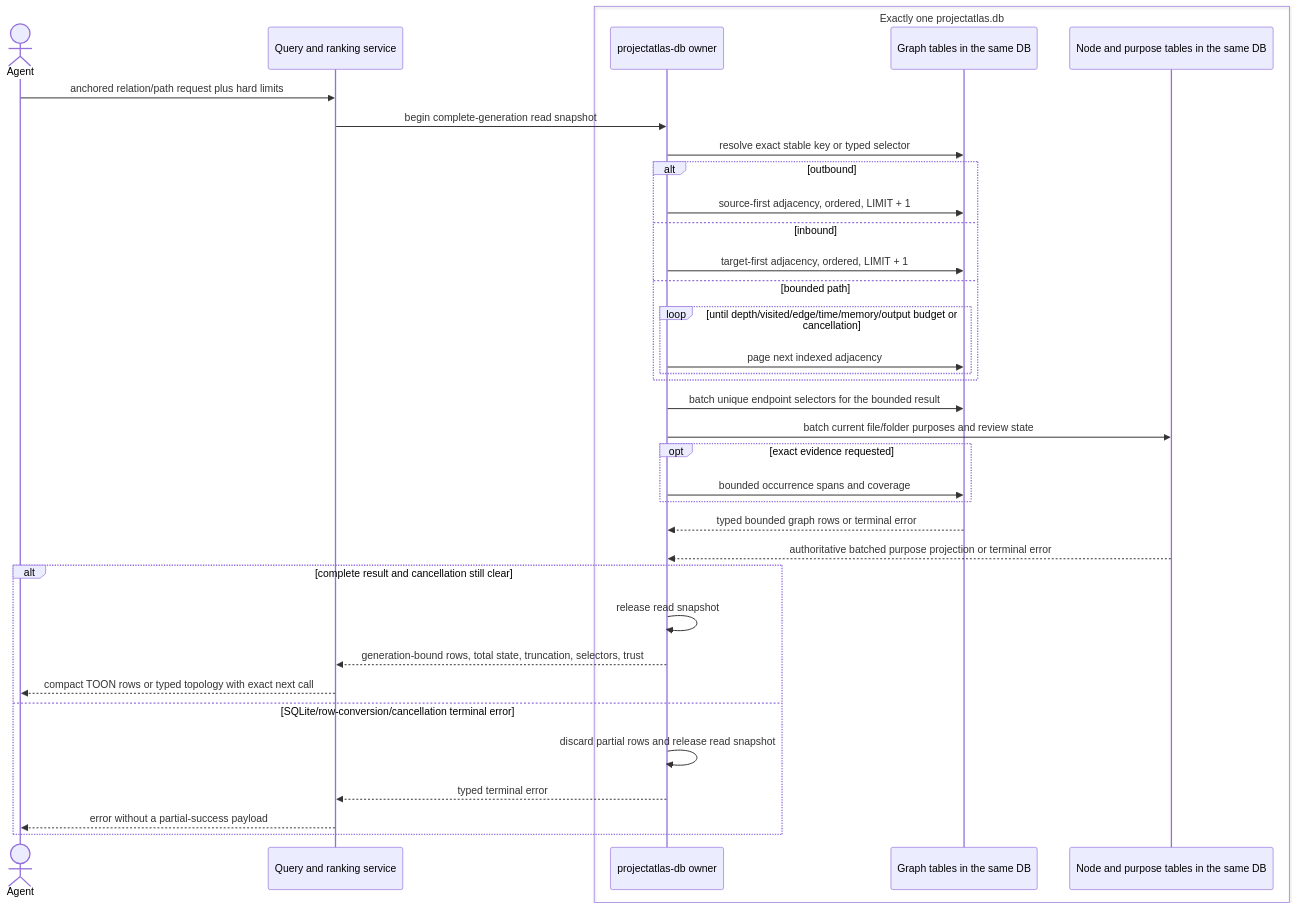
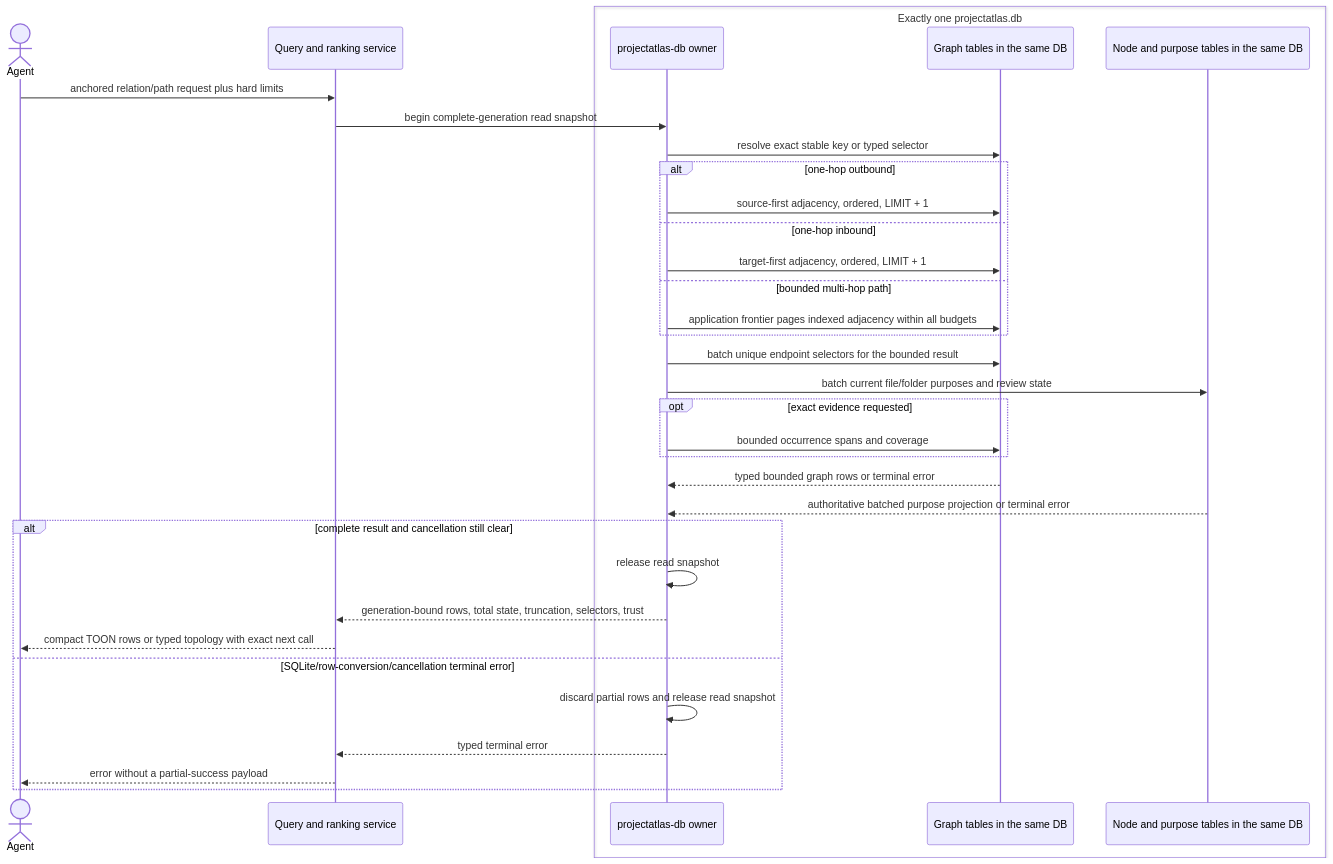
One commit to styler-ai/ProjectAtlas changed the fifth of 12 diagrams in docs/projectatlas-3-architecture.md. Above: the diagram before and after it, drawn with Mermaid. The commit also changed other lines of this file and 14 other files, not shown here.

````diff
--- a/docs/projectatlas-3-architecture.md
+++ b/docs/projectatlas-3-architecture.md
@@ -512,39 +517,37 @@
 ```mermaid
 sequenceDiagram
     actor Agent
     participant Service as Query and ranking service
     box Exactly one projectatlas.db
         participant DB as projectatlas-db owner
         participant Graph as Graph tables in the same DB
         participant Atlas as Node and purpose tables in the same DB
     end
 
     Agent->>Service: anchored relation/path request plus hard limits
     Service->>DB: begin complete-generation read snapshot
     DB->>Graph: resolve exact stable key or typed selector
-    alt outbound
+    alt one-hop outbound
         DB->>Graph: source-first adjacency, ordered, LIMIT + 1
-    else inbound
+    else one-hop inbound
         DB->>Graph: target-first adjacency, ordered, LIMIT + 1
-    else bounded path
-        loop until depth/visited/edge/time/memory/output budget or cancellation
-            DB->>Graph: page next indexed adjacency
-        end
+    else bounded multi-hop path
+        DB->>Graph: application frontier pages indexed adjacency within all budgets
     end
     DB->>Graph: batch unique endpoint selectors for the bounded result
     DB->>Atlas: batch current file/folder purposes and review state
     opt exact evidence requested
         DB->>Graph: bounded occurrence spans and coverage
     end
     Graph-->>DB: typed bounded graph rows or terminal error
     Atlas-->>DB: authoritative batched purpose projection or terminal error
     alt complete result and cancellation still clear
         DB->>DB: release read snapshot
         DB-->>Service: generation-bound rows, total state, truncation, selectors, trust
         Service-->>Agent: compact TOON rows or typed topology with exact next call
     else SQLite/row-conversion/cancellation terminal error
         DB->>DB: discard partial rows and release read snapshot
         DB-->>Service: typed terminal error
         Service-->>Agent: error without a partial-success payload
     end
 ```
````
